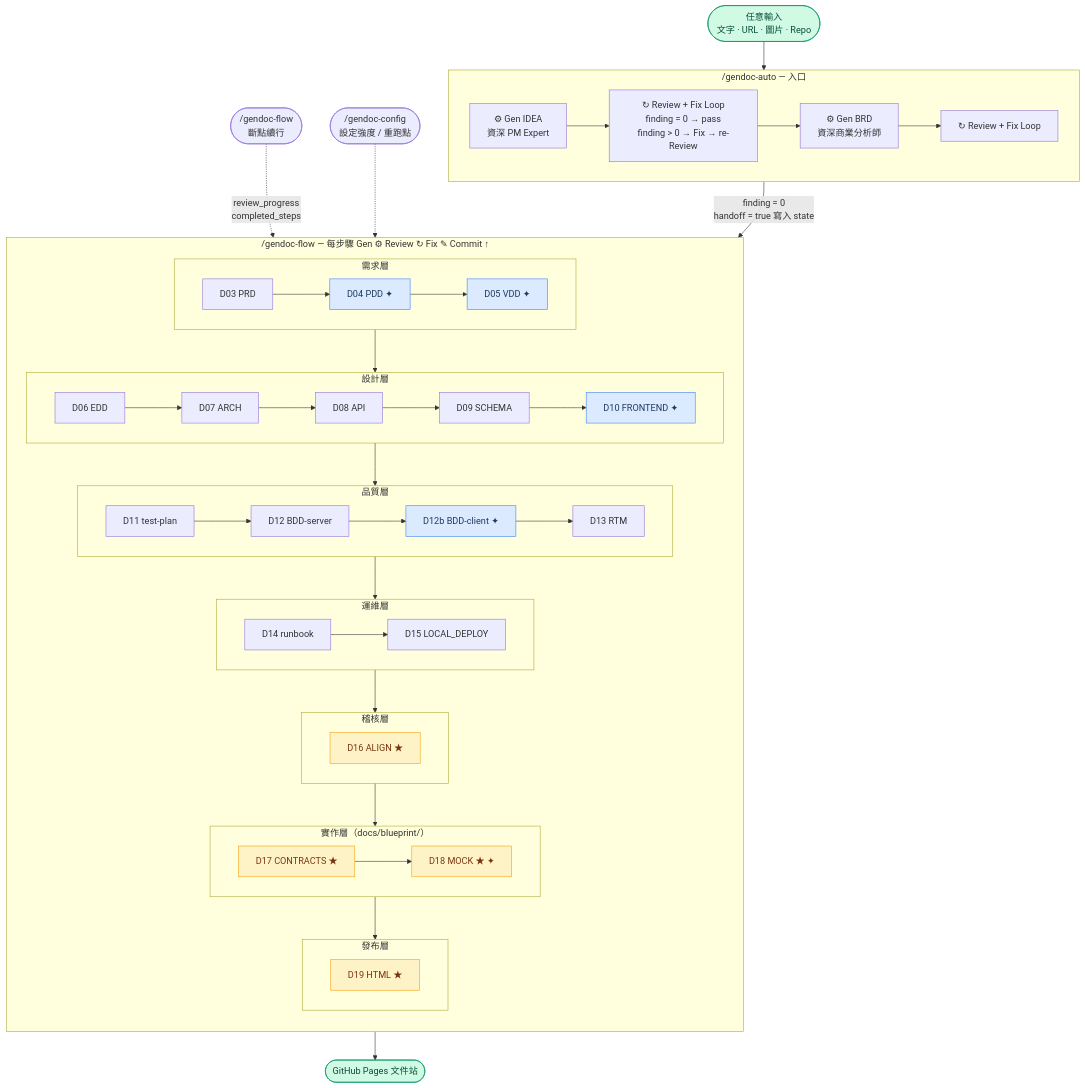
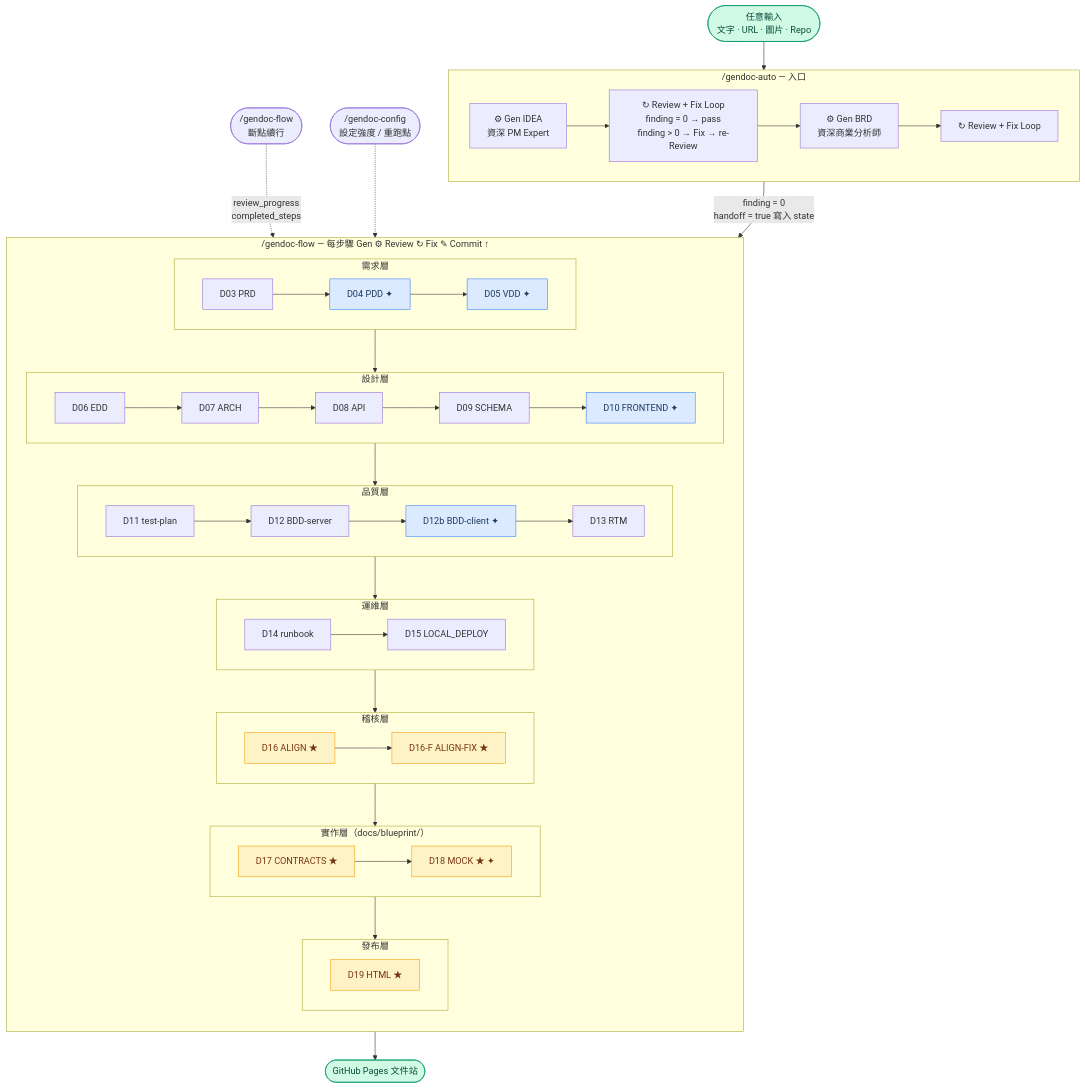
One commit to ibalasite/gendoc changed the second of 4 diagrams in docs/PRD.md. Above: the diagram before and after it, drawn with Mermaid. The commit also changed other lines of this file and 3 other files, not shown here.

````diff
--- a/docs/PRD.md
+++ b/docs/PRD.md
@@ -427,56 +427,56 @@
 ```mermaid
 flowchart TD
     INPUT([任意輸入\n文字 · URL · 圖片 · Repo]) --> AUTO
 
     subgraph AUTO["/gendoc-auto — 入口"]
         direction LR
         G1["⚙ Gen IDEA\n資深 PM Expert"] --> R1["↻ Review + Fix Loop\nfinding = 0 → pass\nfinding > 0 → Fix → re-Review"]
         R1 --> G2["⚙ Gen BRD\n資深商業分析師"]
         G2 --> R2["↻ Review + Fix Loop"]
     end
 
     R2 -->|"finding = 0\nhandoff = true 寫入 state"| FLOW
 
     subgraph FLOW["/gendoc-flow — 每步驟 Gen ⚙ Review ↻ Fix ✎ Commit ↑"]
         direction TD
         subgraph REQ["需求層"]
             direction LR
             D03["D03 PRD"] --> D04["D04 PDD ✦"] --> D05["D05 VDD ✦"]
         end
         subgraph DES["設計層"]
             direction LR
             D06["D06 EDD"] --> D07["D07 ARCH"] --> D08["D08 API"] --> D09["D09 SCHEMA"] --> D10["D10 FRONTEND ✦"]
         end
         subgraph QA["品質層"]
             direction LR
             D11["D11 test-plan"] --> D12["D12 BDD-server"] --> D12b["D12b BDD-client ✦"] --> D13["D13 RTM"]
         end
         subgraph OPS["運維層"]
             direction LR
             D14["D14 runbook"] --> D15["D15 LOCAL_DEPLOY"]
         end
         subgraph AUDIT["稽核層"]
-            D16["D16 ALIGN ★"]
+            D16["D16 ALIGN ★"] --> D16F["D16-F ALIGN-FIX ★"]
         end
         subgraph IMPL["實作層（docs/blueprint/）"]
             direction LR
             D17["D17 CONTRACTS ★"] --> D18["D18 MOCK ★ ✦"]
         end
         subgraph PUB["發布層"]
             D19["D19 HTML ★"]
         end
         REQ --> DES --> QA --> OPS --> AUDIT --> IMPL --> PUB
     end
 
     FLOW --> DONE([GitHub Pages 文件站])
 
     RESUME(["/gendoc-flow\n斷點續行"]) -.->|"review_progress\ncompleted_steps"| FLOW
     CONFIG(["/gendoc-config\n設定強度 / 重跑點"]) -.-> FLOW
 
     classDef condNode fill:#dbeafe,stroke:#3b82f6,color:#1e3a5f
     classDef specNode fill:#fef3c7,stroke:#f59e0b,color:#78350f
     classDef ioNode fill:#d1fae5,stroke:#059669,color:#064e3b
     class D04,D05,D10,D12b,D18 condNode
-    class D16,D17,D18,D19 specNode
+    class D16,D16F,D17,D18,D19 specNode
     class INPUT,DONE ioNode
 ```
````
